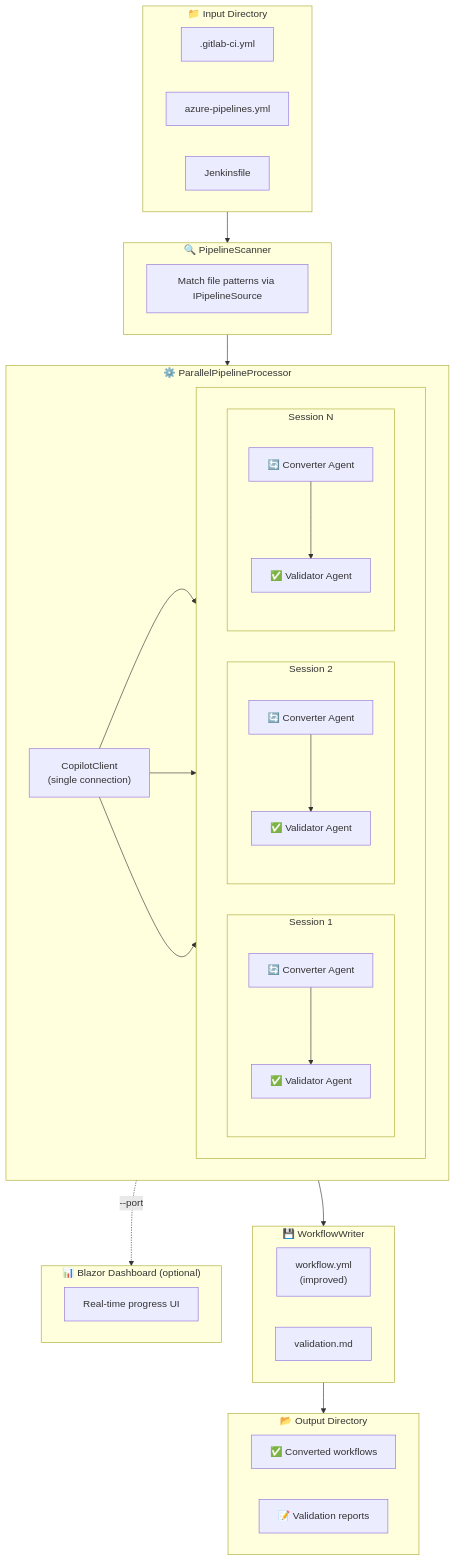
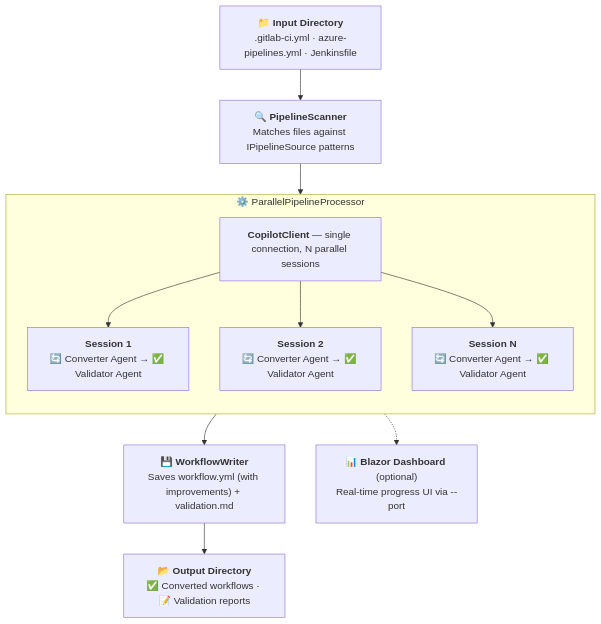
The diagram in README.md (Frank802/ghcp-action-importer), drawn with Mermaid before and after one commit.

Commit message:
Update README.md: enhance flowchart for pipeline processing and improve session descriptions

````diff
--- a/README.md
+++ b/README.md
@@ -25,55 +25,32 @@
 ```mermaid
 flowchart TB
-    subgraph Input["📁 Input Directory"]
-        direction LR
-        F1[".gitlab-ci.yml"]
-        F2["azure-pipelines.yml"]
-        F3["Jenkinsfile"]
+    Input["📁 <b>Input Directory</b><br/>.gitlab-ci.yml · azure-pipelines.yml · Jenkinsfile"]
+
+    Scan["🔍 <b>PipelineScanner</b><br/>Matches files against IPipelineSource patterns"]
+
+    Input --> Scan
+
+    subgraph Process["⚙️ ParallelPipelineProcessor"]
+        direction TB
+        Client["<b>CopilotClient</b> — single connection, N parallel sessions"]
+        Client --> S1 & S2 & SN
+
+        S1["<b>Session 1</b><br/>🔄 Converter Agent → ✅ Validator Agent"]
+        S2["<b>Session 2</b><br/>🔄 Converter Agent → ✅ Validator Agent"]
+        SN["<b>Session N</b><br/>🔄 Converter Agent → ✅ Validator Agent"]
     end
 
-    subgraph Scan["🔍 PipelineScanner"]
-        S1["Match file patterns via IPipelineSource"]
-    end
+    Scan --> Process
 
-    subgraph Process["⚙️ ParallelPipelineProcessor"]
-        Client["CopilotClient\n(single connection)"]
+    Write["💾 <b>WorkflowWriter</b><br/>Saves workflow.yml (with improvements) + validation.md"]
 
-        subgraph Sessions[" "]
-            direction LR
-            subgraph Sess1["Session 1"]
-                direction TB
-                C1["🔄 Converter Agent"] --> V1["✅ Validator Agent"]
-            end
-            subgraph Sess2["Session 2"]
-                direction TB
-                C2["🔄 Converter Agent"] --> V2["✅ Validator Agent"]
-            end
-            subgraph SessN["Session N"]
-                direction TB
-                CN["🔄 Converter Agent"] --> VN["✅ Validator Agent"]
-            end
-        end
+    Process --> Write
 
-        Client --> Sess1 & Sess2 & SessN
-    end
+    Output["📂 <b>Output Directory</b><br/>✅ Converted workflows · 📝 Validation reports"]
 
-    subgraph Write["💾 WorkflowWriter"]
-        direction LR
-        W1["workflow.yml\n(improved)"]
-        W2["validation.md"]
-    end
+    Write --> Output
 
-    subgraph Output["📂 Output Directory"]
-        direction LR
-        O1["✅ Converted workflows"]
-        O2["📝 Validation reports"]
-    end
+    Dashboard["📊 <b>Blazor Dashboard</b> (optional)<br/>Real-time progress UI via --port"]
 
-    Input --> Scan --> Process --> Write --> Output
-
-    subgraph Dashboard["📊 Blazor Dashboard (optional)"]
-        D1["Real-time progress UI"]
-    end
-
-    Process -.->|"--port"| Dashboard
+    Process -.-> Dashboard
 ```
````
